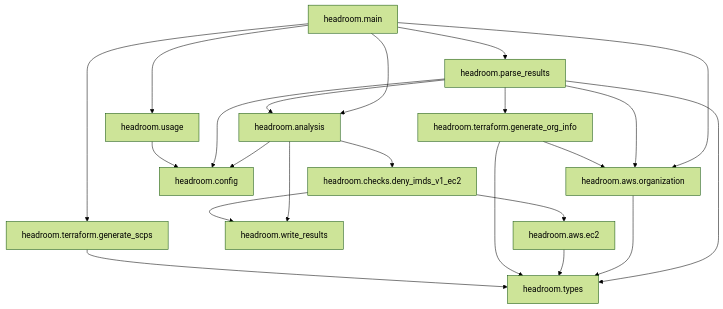
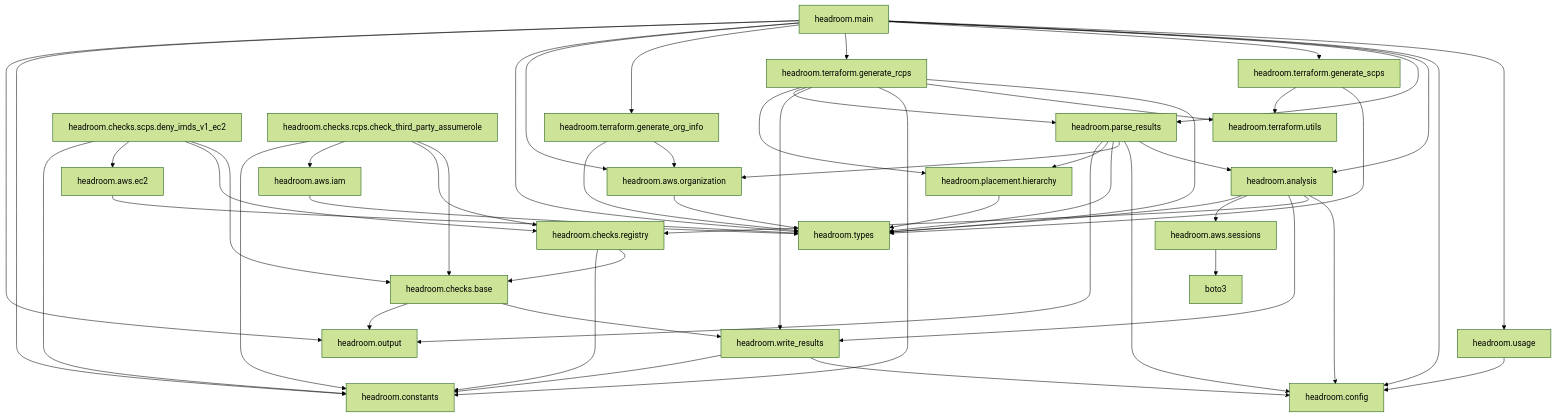
Before and after one commit to discocrayon/Headroom: the diagram in documentation/module_dependency.md, drawn with Mermaid (forest theme). The commit also changed 5 other files, not shown here.

````diff
--- a/documentation/module_dependency.md
+++ b/documentation/module_dependency.md
@@ -3,31 +3,68 @@
 ```mermaid
 graph TD
   headroom.main --> headroom.usage
+  headroom.main --> headroom.config
   headroom.main --> headroom.analysis
   headroom.main --> headroom.parse_results
   headroom.main --> headroom.terraform.generate_scps
+  headroom.main --> headroom.terraform.generate_rcps
+  headroom.main --> headroom.terraform.generate_org_info
   headroom.main --> headroom.aws.organization
+  headroom.main --> headroom.types
+  headroom.main --> headroom.constants
+  headroom.main --> headroom.output
 
   headroom.analysis --> headroom.config
-  headroom.analysis --> headroom.checks.deny_imds_v1_ec2
+  headroom.analysis --> headroom.checks.registry
   headroom.analysis --> headroom.write_results
+  headroom.analysis --> headroom.aws.sessions
+  headroom.analysis --> headroom.types
 
-  headroom.checks.deny_imds_v1_ec2 --> headroom.write_results
-  headroom.checks.deny_imds_v1_ec2 --> headroom.aws.ec2
+  headroom.checks.registry --> headroom.checks.base
+  headroom.checks.registry --> headroom.constants
+
+  headroom.checks.base --> headroom.write_results
+  headroom.checks.base --> headroom.output
+
+  headroom.checks.scps.deny_imds_v1_ec2 --> headroom.checks.base
+  headroom.checks.scps.deny_imds_v1_ec2 --> headroom.checks.registry
+  headroom.checks.scps.deny_imds_v1_ec2 --> headroom.aws.ec2
+  headroom.checks.scps.deny_imds_v1_ec2 --> headroom.constants
+
+  headroom.checks.rcps.check_third_party_assumerole --> headroom.checks.base
+  headroom.checks.rcps.check_third_party_assumerole --> headroom.checks.registry
+  headroom.checks.rcps.check_third_party_assumerole --> headroom.aws.iam
+  headroom.checks.rcps.check_third_party_assumerole --> headroom.constants
 
   headroom.parse_results --> headroom.analysis
   headroom.parse_results --> headroom.config
-  headroom.parse_results --> headroom.terraform.generate_org_info
   headroom.parse_results --> headroom.aws.organization
   headroom.parse_results --> headroom.types
+  headroom.parse_results --> headroom.placement.hierarchy
+  headroom.parse_results --> headroom.output
 
-  headroom.aws.organization --> headroom.types
-  headroom.aws.ec2 --> headroom.types
+  headroom.placement.hierarchy --> headroom.types
+
+  headroom.terraform.generate_scps --> headroom.types
+  headroom.terraform.generate_scps --> headroom.terraform.utils
+
+  headroom.terraform.generate_rcps --> headroom.types
+  headroom.terraform.generate_rcps --> headroom.terraform.utils
+  headroom.terraform.generate_rcps --> headroom.constants
+  headroom.terraform.generate_rcps --> headroom.write_results
+  headroom.terraform.generate_rcps --> headroom.parse_results
+  headroom.terraform.generate_rcps --> headroom.placement.hierarchy
 
   headroom.terraform.generate_org_info --> headroom.aws.organization
   headroom.terraform.generate_org_info --> headroom.types
 
-  headroom.terraform.generate_scps --> headroom.types
+  headroom.aws.organization --> headroom.types
+  headroom.aws.ec2 --> headroom.types
+  headroom.aws.iam --> headroom.types
+  headroom.aws.sessions --> boto3
 
   headroom.usage --> headroom.config
+
+  headroom.write_results --> headroom.config
+  headroom.write_results --> headroom.constants
 ```
````
